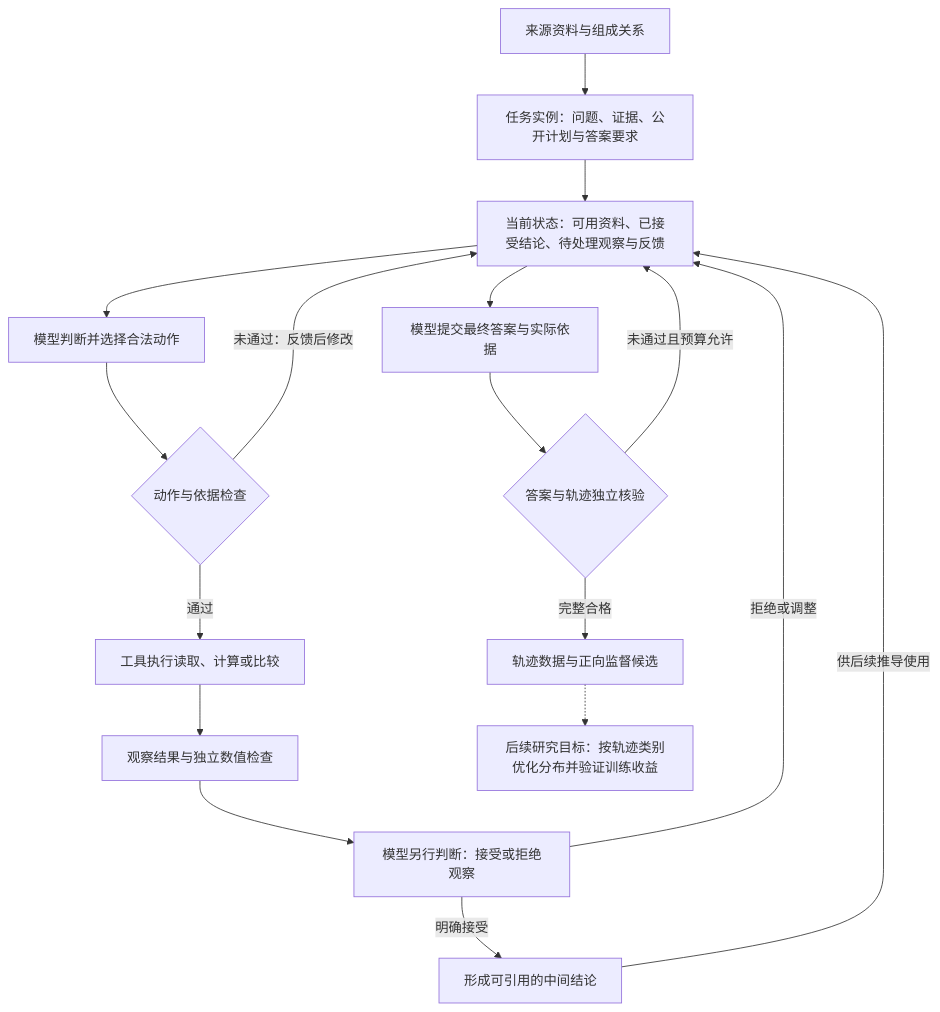
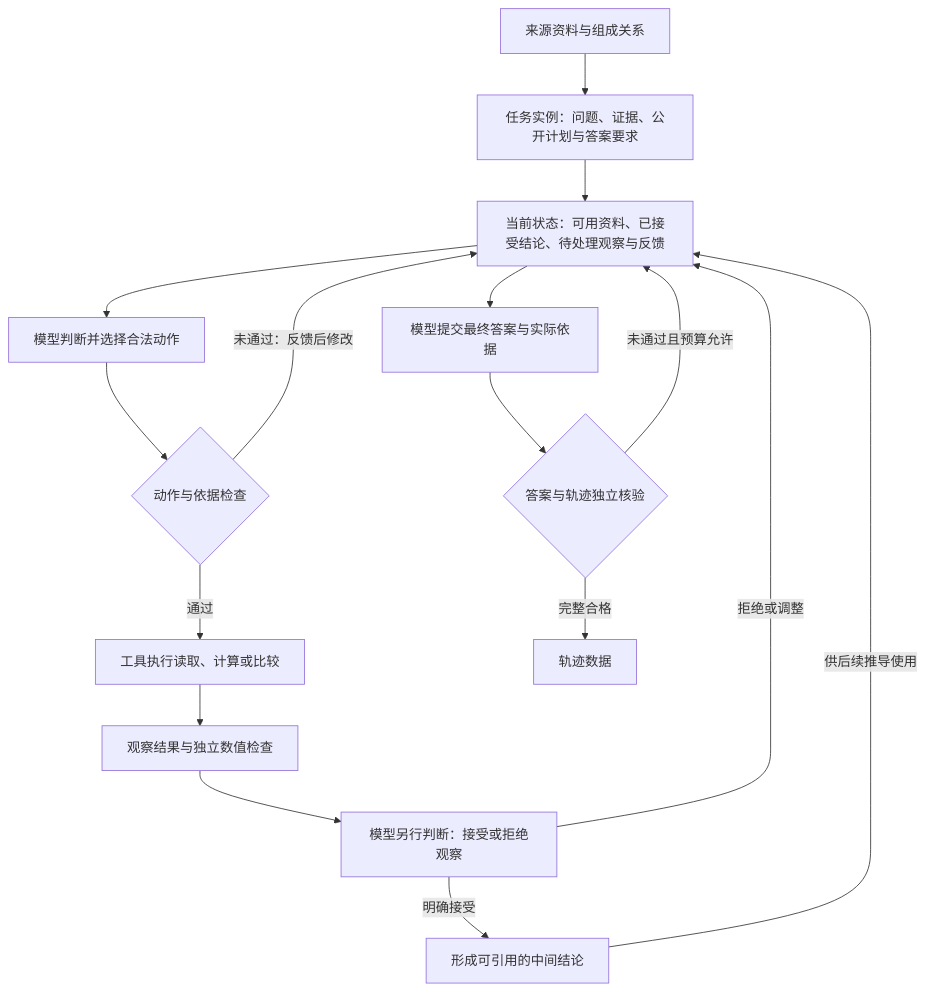
One commit to haoyueliuzhao/Data-Synthesis changed the diagram in trusted_data_synthesis/docs/current_agent_qa_design_overview.md. Above: the diagram before and after it, drawn with Mermaid.

Commit message:
文档更新

````diff
--- a/trusted_data_synthesis/docs/current_agent_qa_design_overview.md
+++ b/trusted_data_synthesis/docs/current_agent_qa_design_overview.md
@@ -9,19 +9,18 @@
 ```mermaid
 flowchart TD
     E[来源资料与组成关系] --> T[任务实例：问题、证据、公开计划与答案要求]
     T --> S[当前状态：可用资料、已接受结论、待处理观察与反馈]
     S --> M[模型判断并选择合法动作]
     M --> G{动作与依据检查}
     G -->|通过| X[工具执行读取、计算或比较]
     G -->|未通过：反馈后修改| S
     X --> O[观察结果与独立数值检查]
     O --> U[模型另行判断：接受或拒绝观察]
     U -->|明确接受| C[形成可引用的中间结论]
     U -->|拒绝或调整| S
     C -->|供后续推导使用| S
     S --> F[模型提交最终答案与实际依据]
     F --> V{答案与轨迹独立核验}
     V -->|未通过且预算允许| S
-    V -->|完整合格| D[轨迹数据与正向监督候选]
-    D -.-> P[后续研究目标：按轨迹类别优化分布并验证训练收益]
+    V -->|完整合格| D[轨迹数据]
 ```
````
